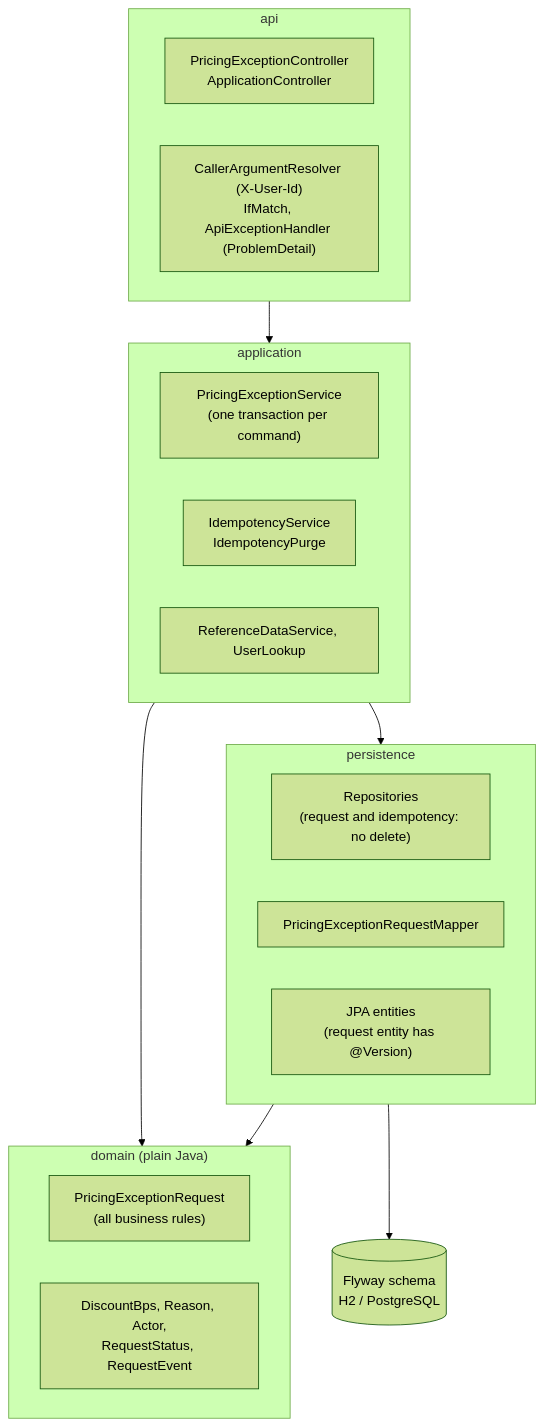
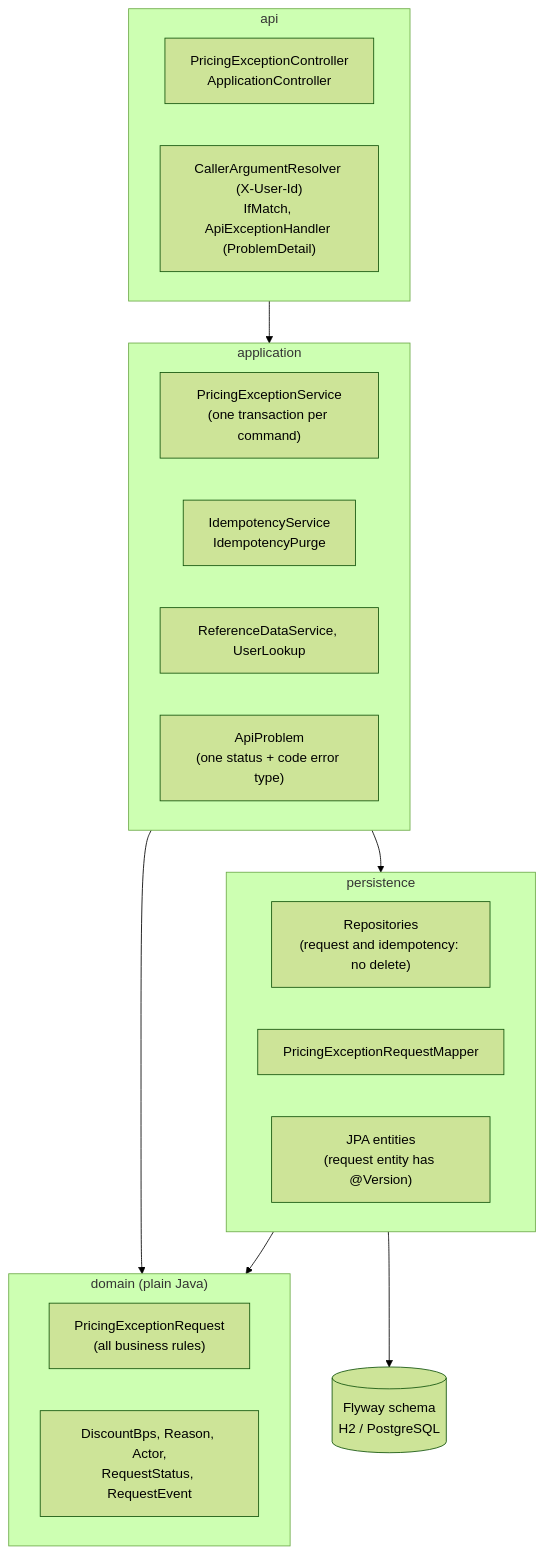
The second of 4 diagrams in docs/diagrams/architecture.md (ataulnasar/pricing-exception-service), drawn with Mermaid (forest theme) before and after one commit. The commit also changed 4 other files, not shown here.

````diff
--- a/docs/diagrams/architecture.md
+++ b/docs/diagrams/architecture.md
@@ -30,28 +30,29 @@
 ```mermaid
 flowchart TB
     subgraph api["api"]
         ctrl["PricingExceptionController<br/>ApplicationController"]
         web["CallerArgumentResolver (X-User-Id)<br/>IfMatch, ApiExceptionHandler (ProblemDetail)"]
     end
     subgraph application["application"]
         svc["PricingExceptionService<br/>(one transaction per command)"]
         idem["IdempotencyService<br/>IdempotencyPurge"]
         ref["ReferenceDataService, UserLookup"]
+        err["ApiProblem<br/>(one status + code error type)"]
     end
     subgraph domain["domain (plain Java)"]
         agg["PricingExceptionRequest<br/>(all business rules)"]
         vo["DiscountBps, Reason, Actor,<br/>RequestStatus, RequestEvent"]
     end
     subgraph persistence["persistence"]
         repo["Repositories<br/>(request and idempotency: no delete)"]
         map["PricingExceptionRequestMapper"]
         ent["JPA entities<br/>(request entity has @Version)"]
     end
     db[("Flyway schema<br/>H2 / PostgreSQL")]
 
     api --> application
     application --> domain
     application --> persistence
     persistence --> domain
     persistence --> db
 ```
````
